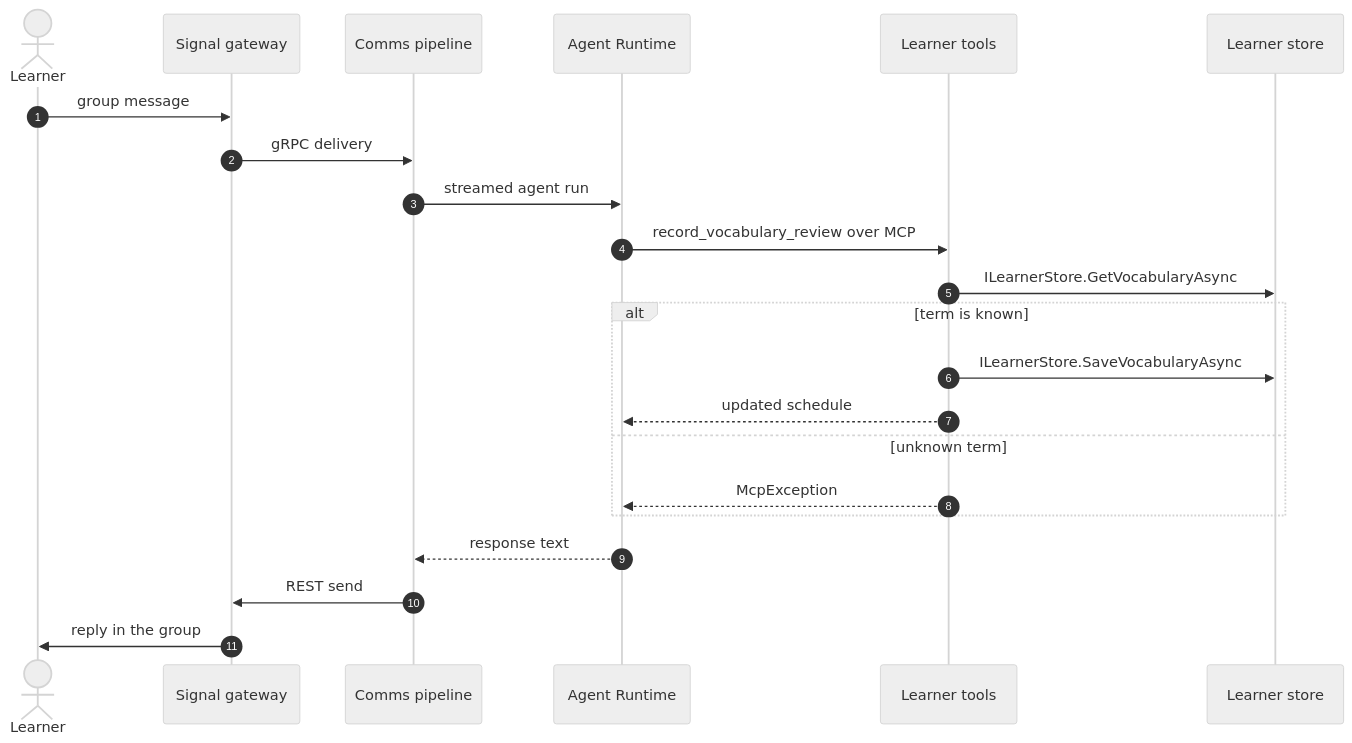
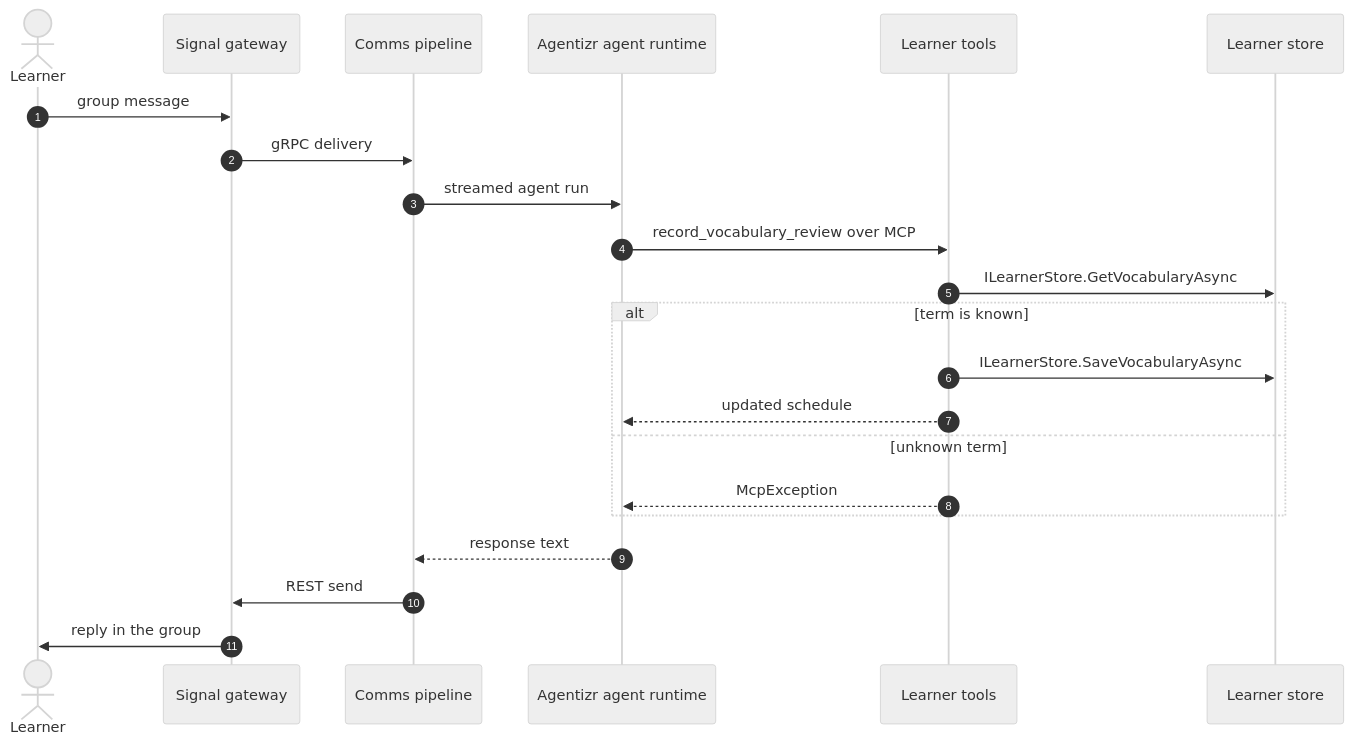
Before and after one commit to f2calv/tutorizr: the third of 5 diagrams in docs/architecture.md, drawn with Mermaid (neutral theme). The commit also changed other lines of this file and 15 other files, not shown here.

````diff
--- a/docs/architecture.md
+++ b/docs/architecture.md
@@ -86,25 +100,25 @@
 ```mermaid
 sequenceDiagram
     autonumber
     actor learner as Learner
     participant gateway as Signal gateway
     participant comms as Comms pipeline
-    participant runtime as Agent Runtime
+    participant runtime as Agentizr agent runtime
     participant tools as Learner tools
     participant store as Learner store
 
     learner->>gateway: group message
     gateway->>comms: gRPC delivery
     comms->>runtime: streamed agent run
     runtime->>tools: record_vocabulary_review over MCP
     tools->>store: ILearnerStore.GetVocabularyAsync
     alt term is known
         tools->>store: ILearnerStore.SaveVocabularyAsync
         tools-->>runtime: updated schedule
     else unknown term
         tools-->>runtime: McpException
     end
     runtime-->>comms: response text
     comms->>gateway: REST send
     gateway->>learner: reply in the group
 ```
````
